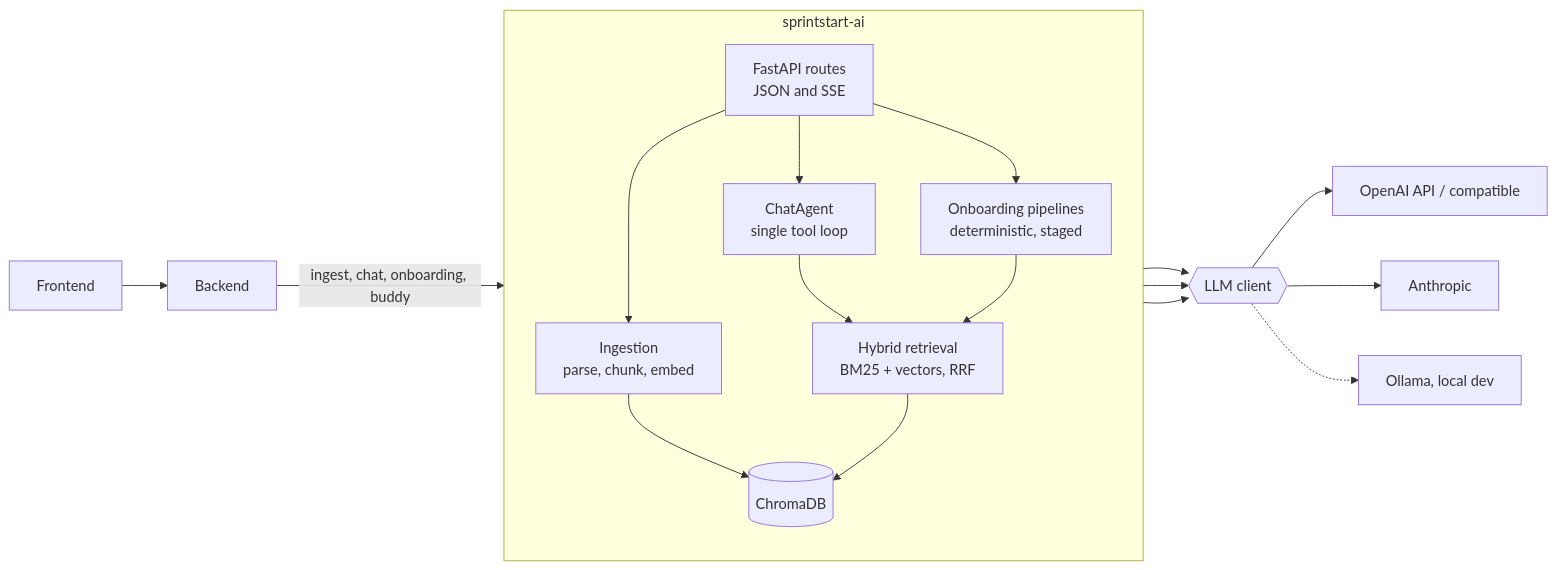
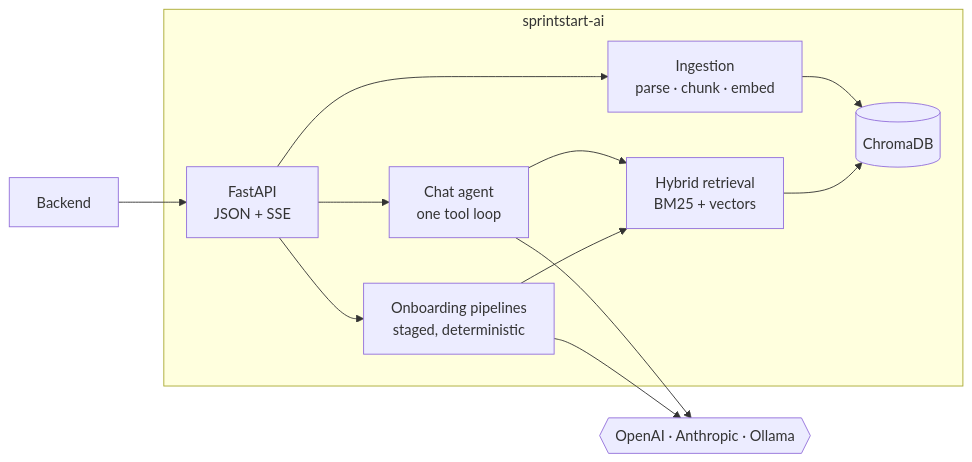
One commit to SprintStartProject/sprintstart-ai changed the diagram in README.md. Above: the diagram before and after it, drawn with Mermaid. The commit also changed other lines of this file and 3 other files, not shown here.

````diff
--- a/README.md
+++ b/README.md
@@ -39,25 +80,17 @@
 ```mermaid
 flowchart LR
-    FE[Frontend] --> BE[Backend]
-    BE -->|ingest, chat, onboarding, buddy| AI
+    BE[Backend] --> API
 
     subgraph AI [sprintstart-ai]
-        direction TB
-        API[FastAPI routes<br/>JSON and SSE]
-        ING[Ingestion<br/>parse, chunk, embed]
-        RAG[Hybrid retrieval<br/>BM25 + vectors, RRF]
-        AG[ChatAgent<br/>single tool loop]
-        ON[Onboarding pipelines<br/>deterministic, staged]
-        API --> ING --> VS[(ChromaDB)]
-        API --> AG --> RAG
-        API --> ON --> RAG
+        API[FastAPI<br/>JSON + SSE] --> ING[Ingestion<br/>parse · chunk · embed]
+        API --> AG[Chat agent<br/>one tool loop]
+        API --> ON[Onboarding pipelines<br/>staged, deterministic]
+        AG --> RAG[Hybrid retrieval<br/>BM25 + vectors]
+        ON --> RAG
+        ING --> VS[(ChromaDB)]
         RAG --> VS
     end
 
-    AG --> LLM{{LLM client}}
+    AG --> LLM{{OpenAI · Anthropic · Ollama}}
     ON --> LLM
-    ING --> LLM
-    LLM --> OA[OpenAI API / compatible]
-    LLM --> AN[Anthropic]
-    LLM -.-> O[Ollama, local dev]
 ```
````
